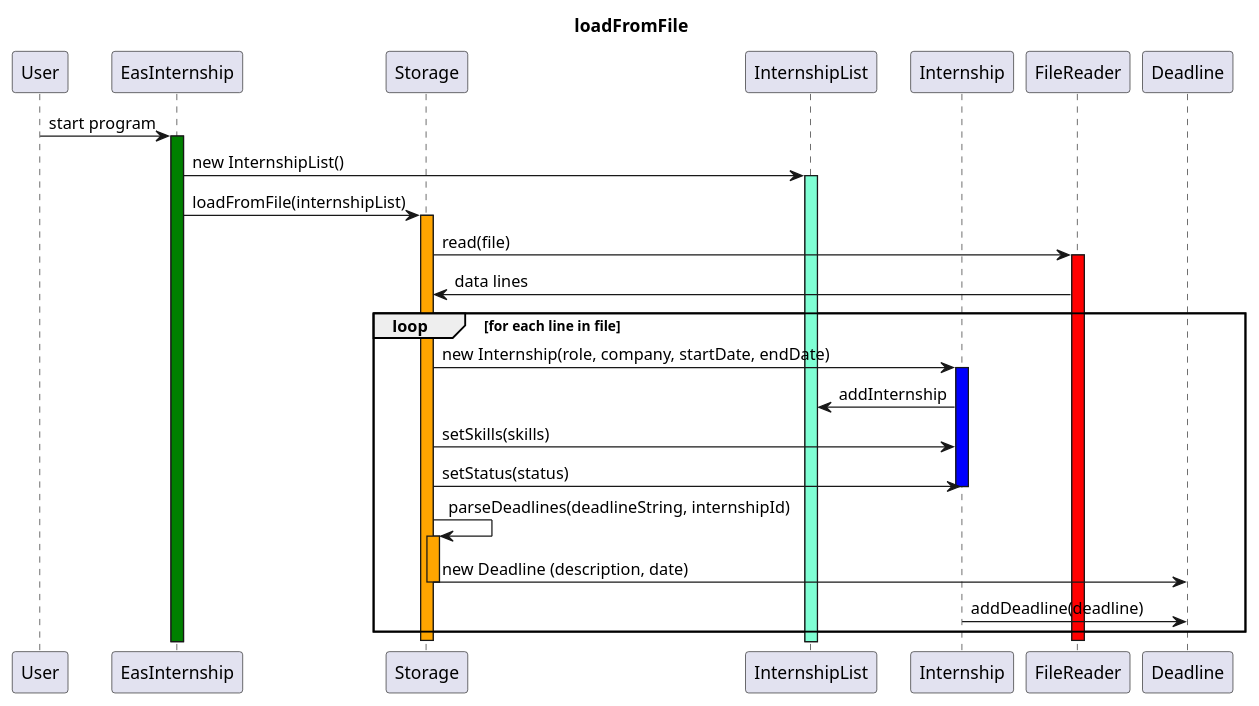
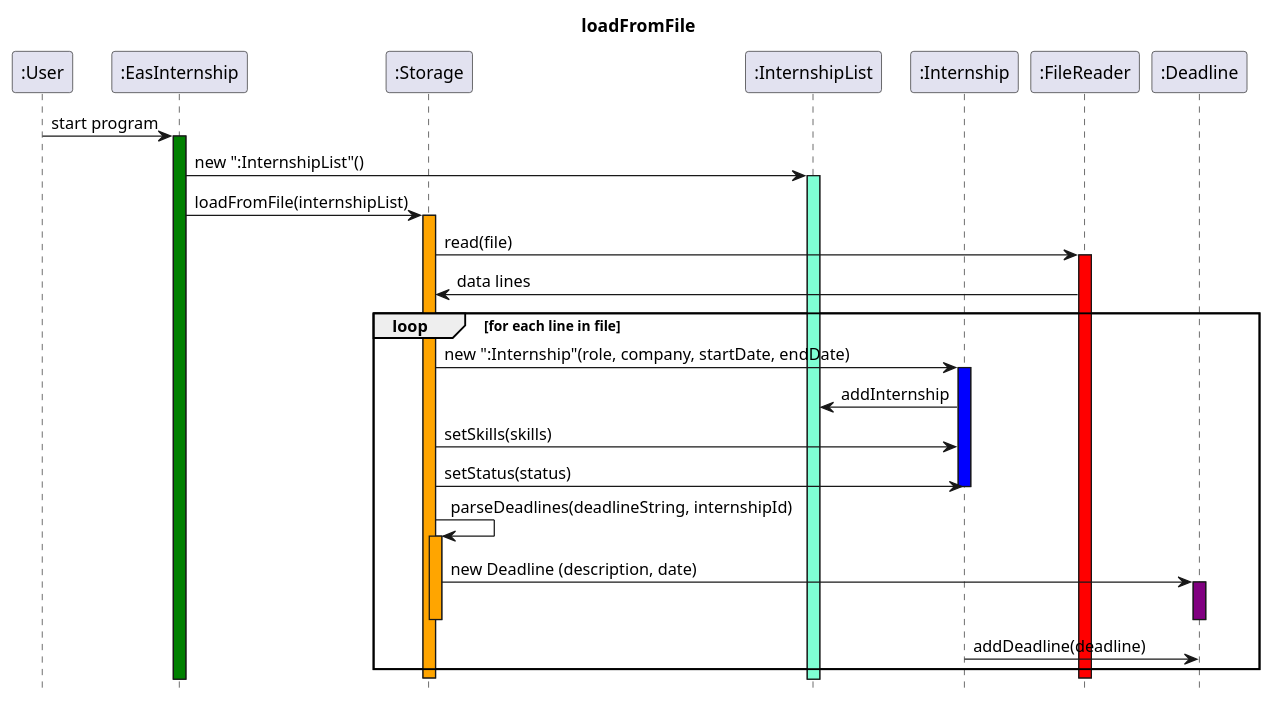
The diagram in docs/UML/loadFromFile.puml (nus-cs2113-AY2425S1/tp), drawn with PlantUML before and after one commit. The commit also changed 8 other files, not shown here.

Commit message:
edited plantUML diagrams

```diff
--- a/docs/UML/loadFromFile.puml
+++ b/docs/UML/loadFromFile.puml
@@ -1,38 +1,41 @@
 @startuml
 Title loadFromFile
+hide footbox
+participant ":User"
+participant ":EasInternship"
+participant ":Storage"
+participant ":InternshipList"
+participant ":Internship"
+participant ":FileReader"
 
-participant User
-participant EasInternship
-participant Storage
-participant InternshipList
-participant Internship
-participant FileReader
-
-User->EasInternship: start program
-activate EasInternship #green
-EasInternship->InternshipList: new InternshipList()
-activate InternshipList #aquamarine
-EasInternship->Storage: loadFromFile(internshipList)
-activate Storage #orange
-Storage->FileReader :read(file)
-activate FileReader #red
-FileReader-> Storage: data lines
+":User"->":EasInternship": start program
+activate ":EasInternship" #green
+":EasInternship"->":InternshipList": new ":InternshipList"()
+activate ":InternshipList" #aquamarine
+":EasInternship"->":Storage": loadFromFile(internshipList)
+activate ":Storage" #orange
+":Storage"->":FileReader" :read(file)
+activate ":FileReader" #red
+":FileReader"-> ":Storage": data lines
 
 loop for each line in file
-    Storage-> Internship : new Internship(role, company, startDate, endDate)
-    activate Internship #blue
-    Internship->InternshipList: addInternship
-    Storage -> Internship :setSkills(skills)
-    Storage -> Internship : setStatus(status)
-    deactivate Internship
+    ":Storage"-> ":Internship" : new ":Internship"(role, company, startDate, endDate)
+    activate ":Internship" #blue
+    ":Internship"->":InternshipList": addInternship
+    ":Storage" -> ":Internship" :setSkills(skills)
+    ":Storage" -> ":Internship" : setStatus(status)
+    deactivate ":Internship"
 
-    Storage -> Storage: parseDeadlines(deadlineString, internshipId)
-    activate Storage #orange
-    Storage -> Deadline: new Deadline (description, date)
-    deactivate Storage
+    ":Storage" -> ":Storage": parseDeadlines(deadlineString, internshipId)
+        activate ":Storage" #orange
 
-    Internship -> Deadline : addDeadline(deadline)
+        ":Storage" -> ":Deadline": new Deadline (description, date)
+        activate ":Deadline" #purple
+        deactivate ":Deadline"
+        deactivate ":Storage"
+
+        ":Internship" -> ":Deadline" : addDeadline(deadline)
 end
-deactivate FileReader
-deactivate Storage
+deactivate ":FileReader"
+deactivate ":Storage"
 @enduml
```
